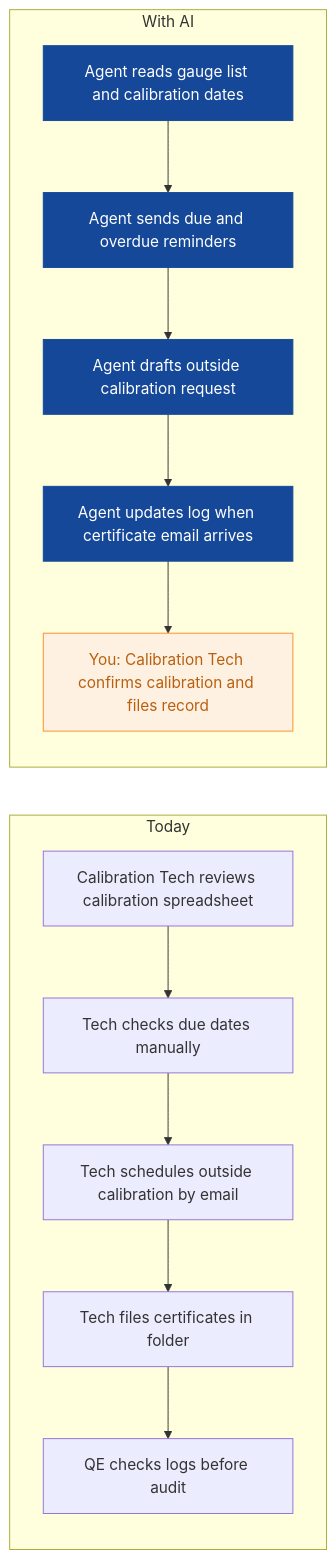
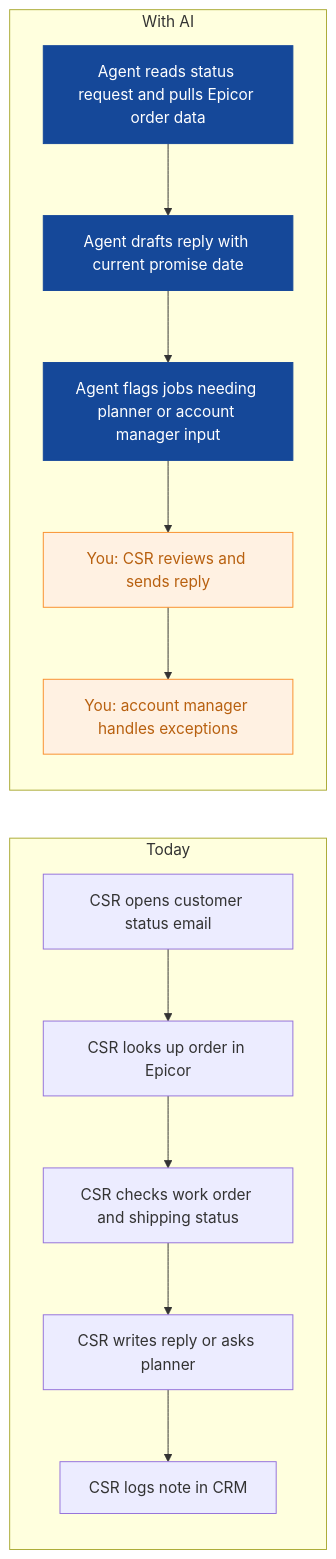
One commit to nexibeo/Complete-AI-Strategy changed the ninth of 9 diagrams in strategies/ironleaf-manufacturing.md. Above: the diagram before and after it, drawn with Mermaid. The commit also changed other lines of this file and 26 other files, not shown here.

````diff
--- a/strategies/ironleaf-manufacturing.md
+++ b/strategies/ironleaf-manufacturing.md
@@ -282,23 +286,23 @@
 ```mermaid
 flowchart LR
   subgraph Today
-    B0["Calibration Tech reviews calibration spreadsheet"]
-    B1["Tech checks due dates manually"]
-    B2["Tech schedules outside calibration by email"]
-    B3["Tech files certificates in folder"]
-    B4["QE checks logs before audit"]
+    B0["CSR opens customer status email"]
+    B1["CSR looks up order in Epicor"]
+    B2["CSR checks work order and shipping status"]
+    B3["CSR writes reply or asks planner"]
+    B4["CSR logs note in CRM"]
     B0 --> B1 --> B2 --> B3 --> B4
   end
   subgraph WithAI[With AI]
-    A0["Agent reads gauge list and calibration dates"]
-    A1["Agent sends due and overdue reminders"]
-    A2["Agent drafts outside calibration request"]
-    A3["Agent updates log when certificate email arrives"]
-    A4["You: Calibration Tech confirms calibration and files record"]
+    A0["Agent reads status request and pulls Epicor order data"]
+    A1["Agent drafts reply with current promise date"]
+    A2["Agent flags jobs needing planner or account manager input"]
+    A3["You: CSR reviews and sends reply"]
+    A4["You: account manager handles exceptions"]
     A0 --> A1 --> A2 --> A3 --> A4
   end
   classDef ai fill:#154899,color:#fff,stroke:#154899
   classDef human fill:#FFF1E2,color:#B8600F,stroke:#F98F2C
-  class A0,A1,A2,A3 ai
-  class A4 human
+  class A0,A1,A2 ai
+  class A3,A4 human
 ```
````
